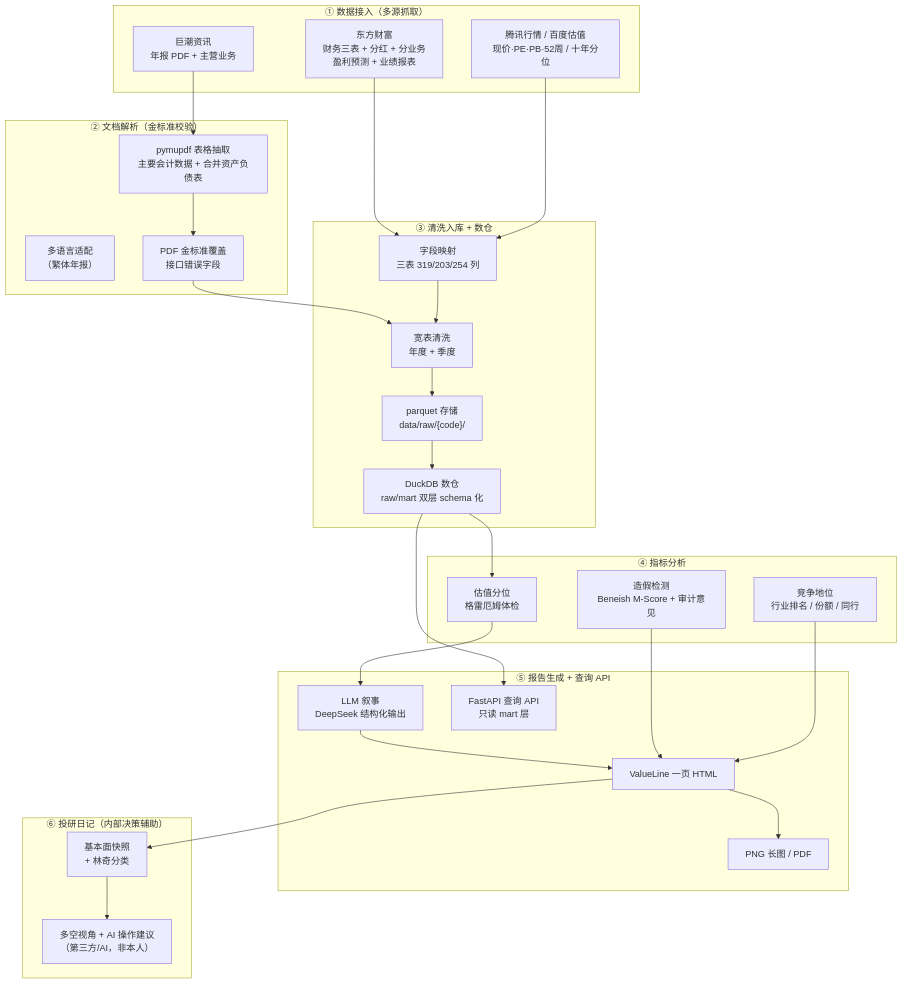
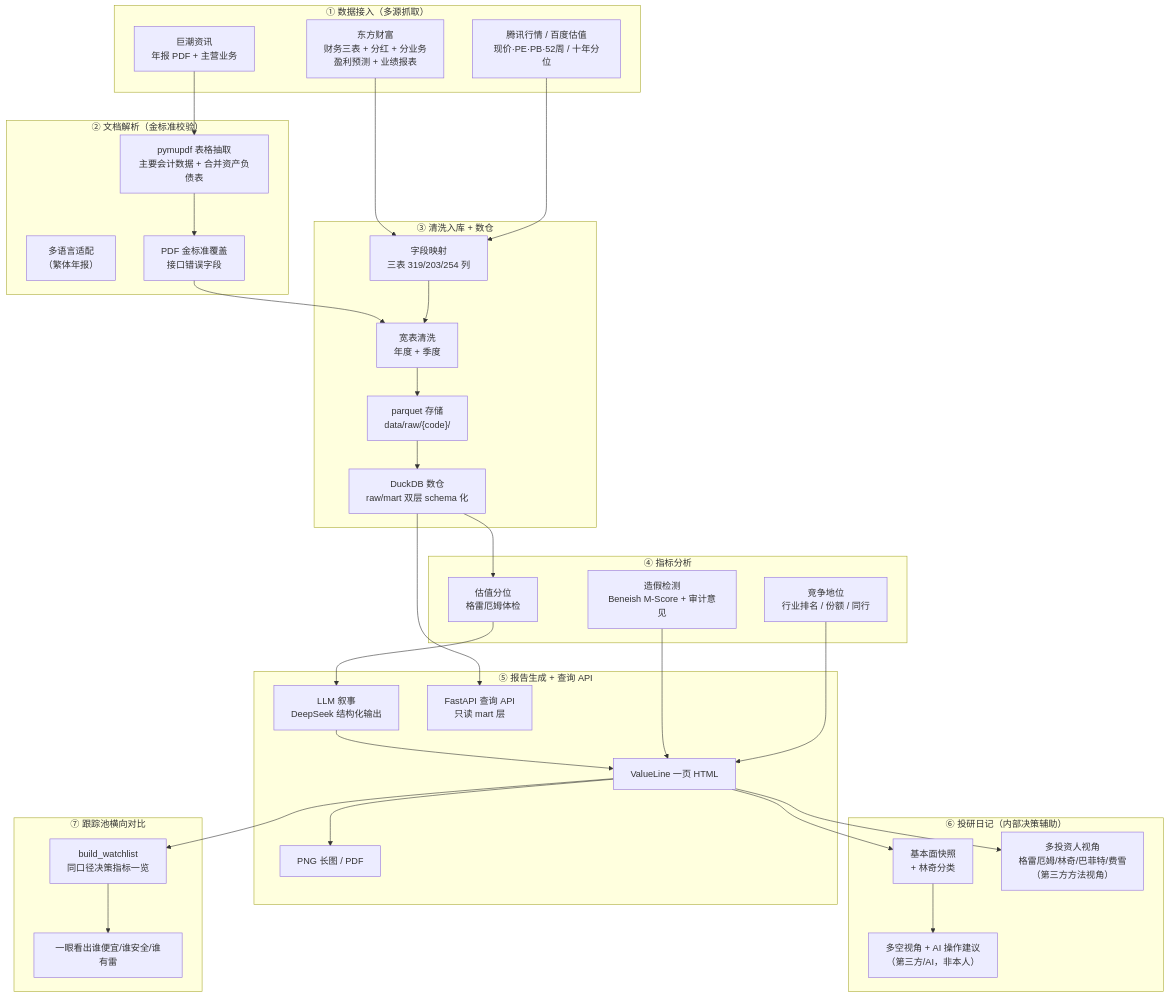
Before and after one commit to lx126126/ai_augmented_fundamental_investment: the diagram in README.md, drawn with Mermaid. The commit also changed other lines of this file and 9 other files, not shown here.

````diff
--- a/README.md
+++ b/README.md
@@ -9,52 +9,60 @@
 ```mermaid
 flowchart TB
     subgraph ING["① 数据接入（多源抓取）"]
         A1["东方财富<br/>财务三表 + 分红 + 分业务<br/>盈利预测 + 业绩报表"]
         A2["巨潮资讯<br/>年报 PDF + 主营业务"]
         A3["腾讯行情 / 百度估值<br/>现价·PE·PB·52周 / 十年分位"]
     end
 
     subgraph PARSE["② 文档解析（金标准校验）"]
         B1["pymupdf 表格抽取<br/>主要会计数据 + 合并资产负债表"]
         B2["多语言适配<br/>（繁体年报）"]
         B3["PDF 金标准覆盖<br/>接口错误字段"]
     end
 
     subgraph STORE["③ 清洗入库 + 数仓"]
         C1["字段映射<br/>三表 319/203/254 列"]
         C2["宽表清洗<br/>年度 + 季度"]
         C3["parquet 存储<br/>data/raw/{code}/"]
         C4["DuckDB 数仓<br/>raw/mart 双层 schema 化"]
     end
 
     subgraph ANALYZE["④ 指标分析"]
         D1["估值分位<br/>格雷厄姆体检"]
         D2["造假检测<br/>Beneish M-Score + 审计意见"]
         D3["竞争地位<br/>行业排名 / 份额 / 同行"]
     end
 
     subgraph REPORT["⑤ 报告生成 + 查询 API"]
         E1["LLM 叙事<br/>DeepSeek 结构化输出"]
         E2["ValueLine 一页 HTML"]
         E3["PNG 长图 / PDF"]
         E4["FastAPI 查询 API<br/>只读 mart 层"]
     end
 
     subgraph REVIEW["⑥ 投研日记（内部决策辅助）"]
         F1["基本面快照<br/>+ 林奇分类"]
         F2["多空视角 + AI 操作建议<br/>（第三方/AI，非本人）"]
+        F3["多投资人视角<br/>格雷厄姆/林奇/巴菲特/费雪<br/>（第三方方法视角）"]
+    end
+
+    subgraph WATCH["⑦ 跟踪池横向对比"]
+        G1["build_watchlist<br/>同口径决策指标一览"]
+        G2["一眼看出谁便宜/谁安全/谁有雷"]
     end
 
     A1 --> C1
     A2 --> B1
     A3 --> C1
     B1 --> B3
     B3 --> C2
     C1 --> C2 --> C3 --> C4
     C4 --> E4
     C4 --> D1
     D1 --> E1 --> E2 --> E3
     D2 --> E2
     D3 --> E2
     E2 --> F1 --> F2
+    E2 --> F3
+    E2 --> G1 --> G2
 ```
````
